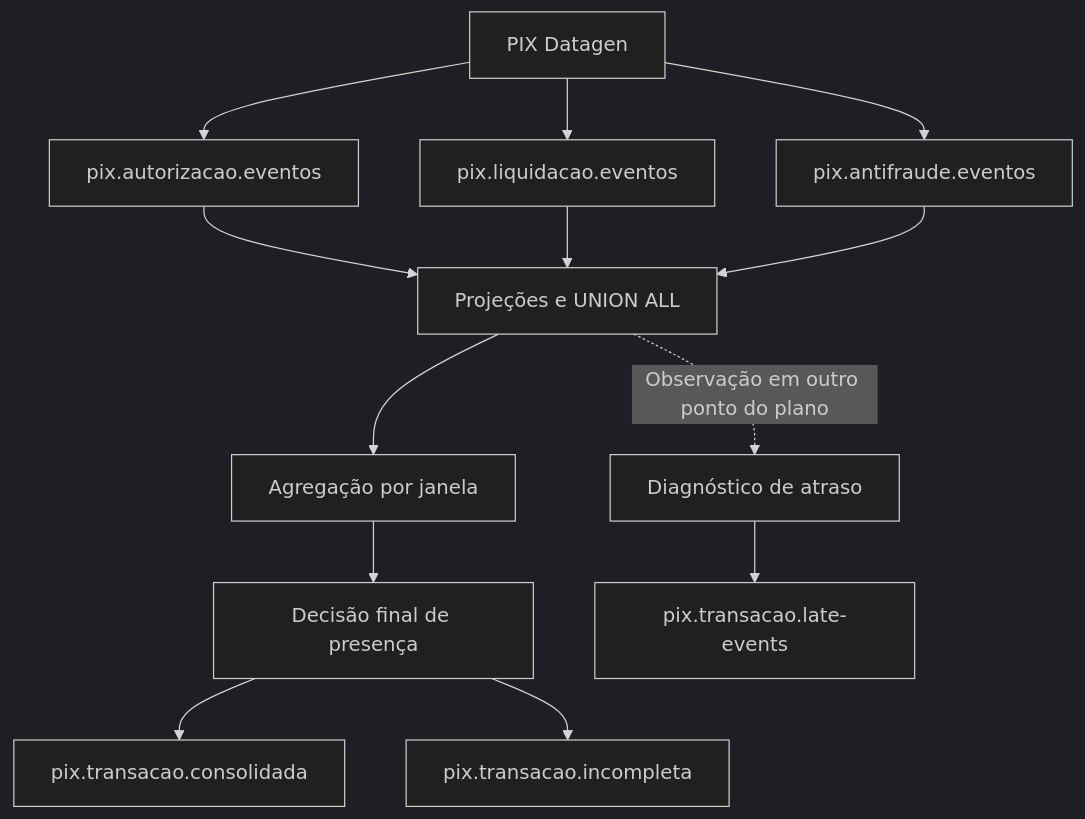
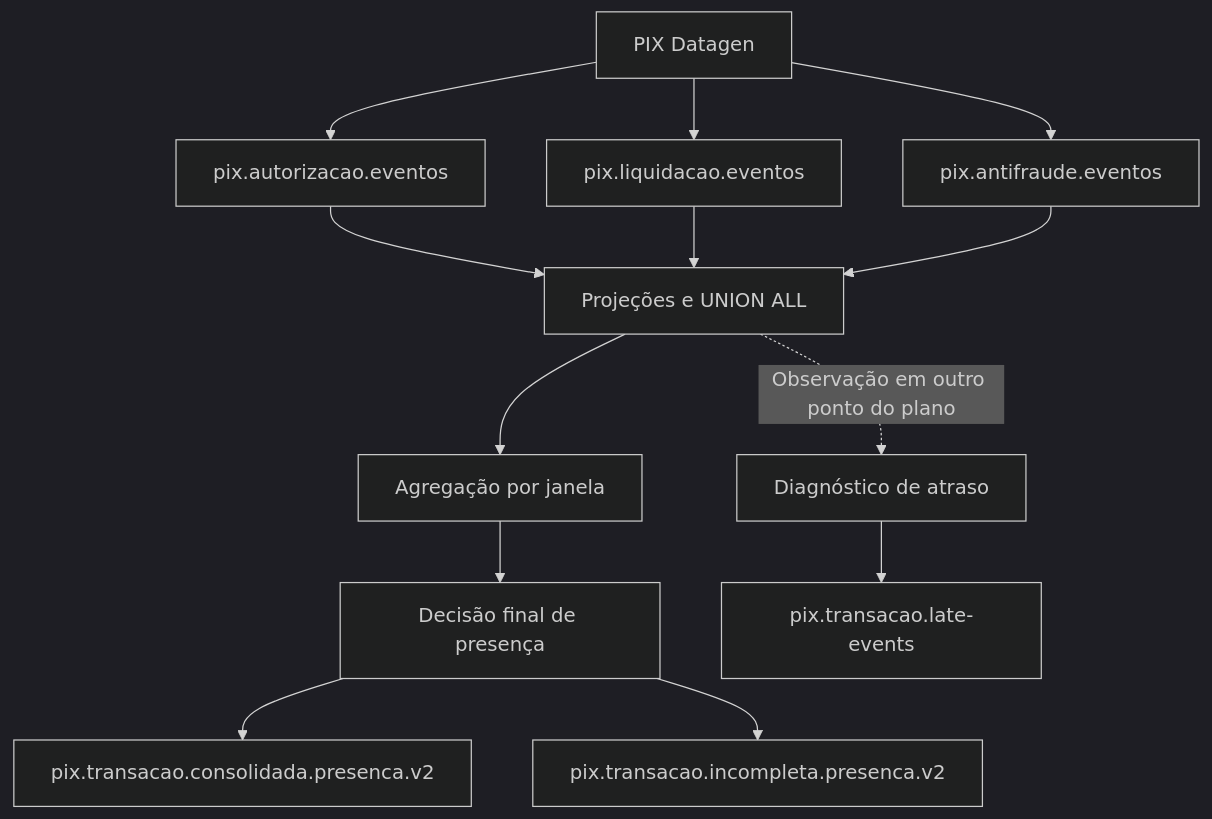
The first of 8 diagrams in README.md (murilohenzo/kafka-flink-lab), drawn with Mermaid (dark theme) before and after one commit. The commit also changed other lines of this file and 22 other files, not shown here.

````diff
--- a/README.md
+++ b/README.md
@@ -113,15 +139,15 @@
 ```mermaid
 flowchart TD
     DG["PIX Datagen"] --> A["pix.autorizacao.eventos"]
     DG --> L["pix.liquidacao.eventos"]
     DG --> F["pix.antifraude.eventos"]
     A --> N["Projeções e UNION ALL"]
     L --> N
     F --> N
     N --> W["Agregação por janela"]
     W --> D["Decisão final de presença"]
-    D --> C["pix.transacao.consolidada"]
-    D --> I["pix.transacao.incompleta"]
+    D --> C["pix.transacao.consolidada.presenca.v2"]
+    D --> I["pix.transacao.incompleta.presenca.v2"]
     N -. "Observação em outro ponto do plano" .-> O["Diagnóstico de atraso"]
     O --> T["pix.transacao.late-events"]
 ```
````
